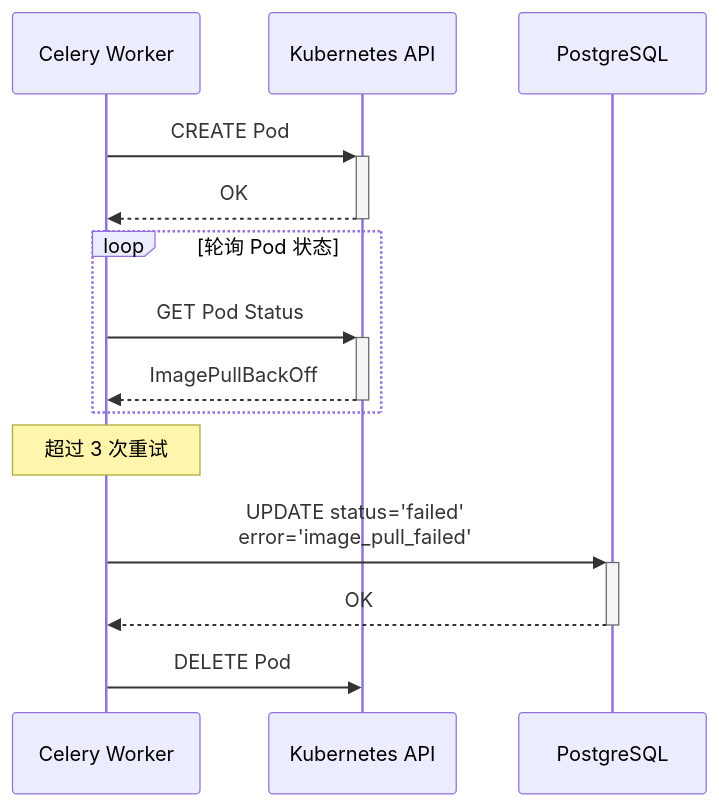
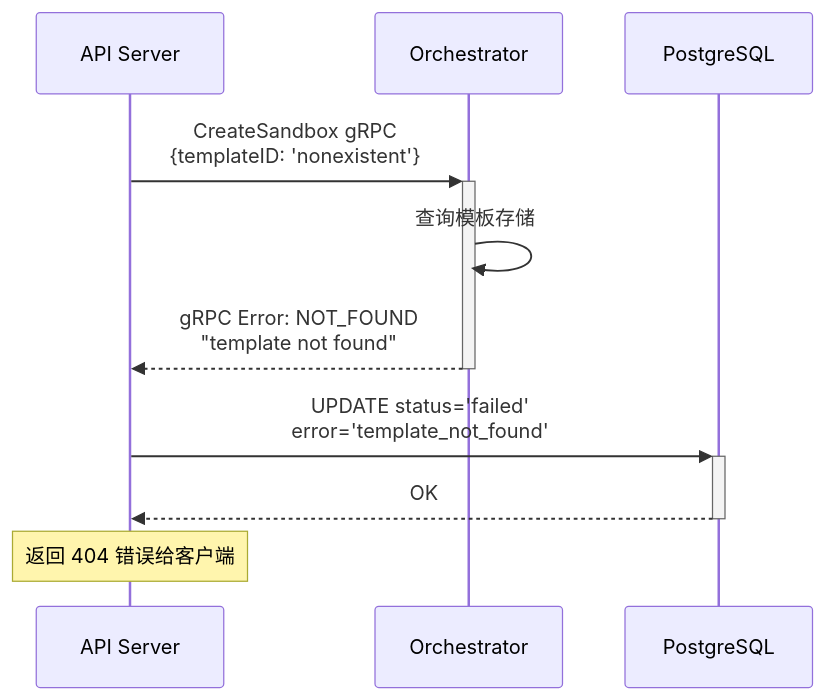
Before and after one commit to jackzhang1314/AdNegator: the second of 14 diagrams in docs/design/L3.1-sequence-diagram-design.md, drawn with Mermaid. The commit also changed other lines of this file, not shown here.

First line of the commit message:
docs(L3.1): MAJOR REWRITE - migrate to E2B Go architecture

````diff
--- a/docs/design/L3.1-sequence-diagram-design.md
+++ b/docs/design/L3.1-sequence-diagram-design.md
@@ -239,21 +402,15 @@
 ```mermaid
 sequenceDiagram
-    participant Celery as Celery Worker
-    participant K8s as Kubernetes API
+    participant API as API Server
+    participant Orch as Orchestrator
     participant DB as PostgreSQL
 
-    Celery->>+K8s: CREATE Pod
-    K8s-->>-Celery: OK
+    API->>+Orch: CreateSandbox gRPC<br/>{templateID: 'nonexistent'}
+    Orch->>Orch: 查询模板存储
+    Orch-->>-API: gRPC Error: NOT_FOUND<br/>"template not found"
 
-    loop 轮询 Pod 状态
-        Celery->>+K8s: GET Pod Status
-        K8s-->>-Celery: ImagePullBackOff
-    end
+    API->>+DB: UPDATE status='failed'<br/>error='template_not_found'
+    DB-->>-API: OK
 
-    Note over Celery: 超过 3 次重试
-
-    Celery->>+DB: UPDATE status='failed'<br/>error='image_pull_failed'
-    DB-->>-Celery: OK
-
-    Celery->>K8s: DELETE Pod
+    Note over API: 返回 404 错误给客户端
 ```
````
